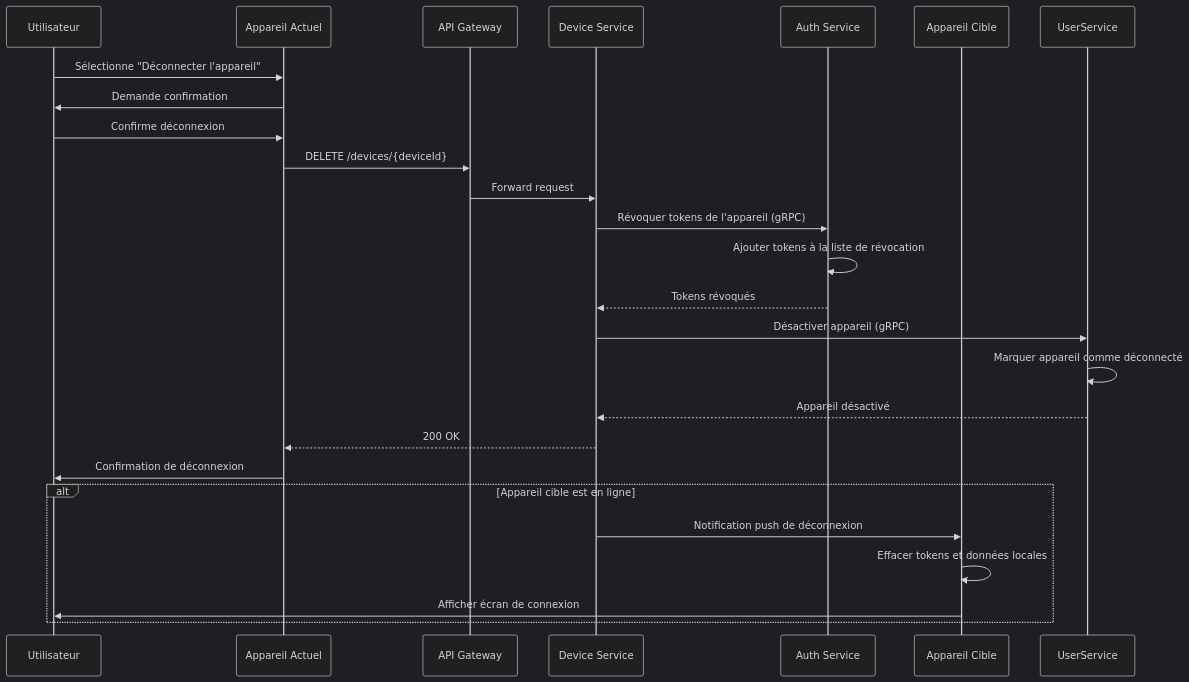
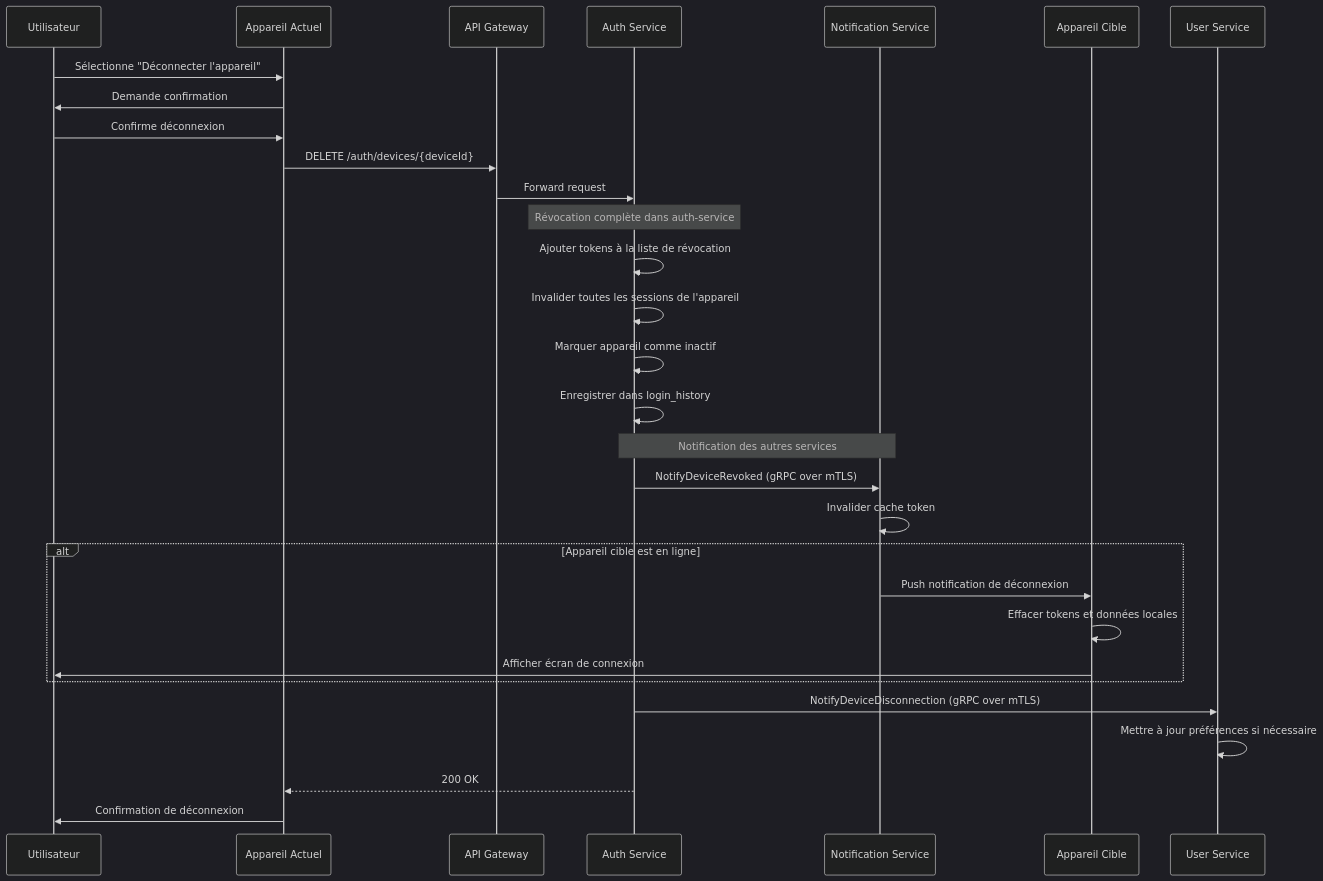
One commit to whispr-messenger/auth-service changed the fifth of 10 diagrams in documentation/2_fonctional_specs/3_devices_management.md. Above: the diagram before and after it, drawn with Mermaid (dark theme). The commit also changed other lines of this file and 4 other files, not shown here.

Commit message:
📝 Update devices data managed by auth service

````diff
--- a/documentation/2_fonctional_specs/3_devices_management.md
+++ b/documentation/2_fonctional_specs/3_devices_management.md
@@ -176,32 +331,39 @@
 ```mermaid
 sequenceDiagram
     participant User as Utilisateur
     participant CurrentDevice as Appareil Actuel
     participant APIGateway as API Gateway
-    participant DeviceService as Device Service
     participant AuthService as Auth Service
+    participant NotificationService as Notification Service
     participant TargetDevice as Appareil Cible
+    participant UserService as User Service
     
     User->>CurrentDevice: Sélectionne "Déconnecter l'appareil"
     CurrentDevice->>User: Demande confirmation
     User->>CurrentDevice: Confirme déconnexion
     
-    CurrentDevice->>APIGateway: DELETE /devices/{deviceId}
-    APIGateway->>DeviceService: Forward request
-    DeviceService->>AuthService: Révoquer tokens de l'appareil (gRPC)
+    CurrentDevice->>APIGateway: DELETE /auth/devices/{deviceId}
+    APIGateway->>AuthService: Forward request
+    
+    Note over AuthService: Révocation complète dans auth-service
     AuthService->>AuthService: Ajouter tokens à la liste de révocation
-    AuthService-->>DeviceService: Tokens révoqués
+    AuthService->>AuthService: Invalider toutes les sessions de l'appareil
+    AuthService->>AuthService: Marquer appareil comme inactif
+    AuthService->>AuthService: Enregistrer dans login_history
     
-    DeviceService->>UserService: Désactiver appareil (gRPC)
-    UserService->>UserService: Marquer appareil comme déconnecté
-    UserService-->>DeviceService: Appareil désactivé
-    
-    DeviceService-->>CurrentDevice: 200 OK
-    CurrentDevice->>User: Confirmation de déconnexion
+    Note over AuthService,NotificationService: Notification des autres services
+    AuthService->>NotificationService: NotifyDeviceRevoked (gRPC over mTLS)
+    NotificationService->>NotificationService: Invalider cache token
     
     alt Appareil cible est en ligne
-        DeviceService->>TargetDevice: Notification push de déconnexion
+        NotificationService->>TargetDevice: Push notification de déconnexion
         TargetDevice->>TargetDevice: Effacer tokens et données locales
         TargetDevice->>User: Afficher écran de connexion
     end
+    
+    AuthService->>UserService: NotifyDeviceDisconnection (gRPC over mTLS)
+    UserService->>UserService: Mettre à jour préférences si nécessaire
+    
+    AuthService-->>CurrentDevice: 200 OK
+    CurrentDevice->>User: Confirmation de déconnexion
 ```
````
